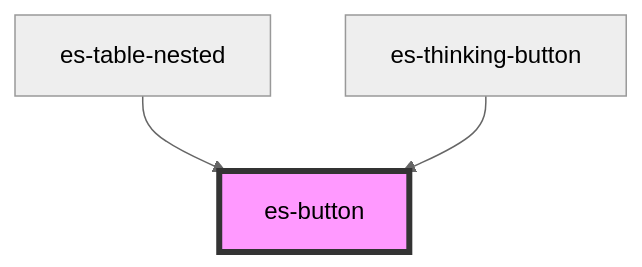
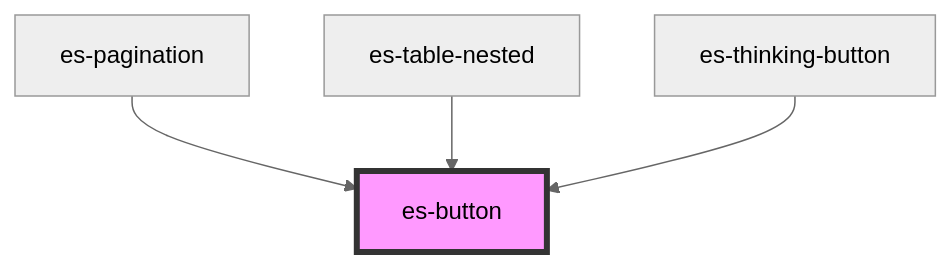
The diagram in packages/components/src/components/buttons/es-button/readme.md (EventStore/Design-System), drawn with Mermaid (neutral theme) before and after one commit. The commit also changed other lines of this file and 2 other files, not shown here.

````diff
--- a/packages/components/src/components/buttons/es-button/readme.md
+++ b/packages/components/src/components/buttons/es-button/readme.md
@@ -99,6 +100,7 @@
 ```mermaid
 graph TD;
+  es-pagination --> es-button
   es-table-nested --> es-button
   es-thinking-button --> es-button
   style es-button fill:#f9f,stroke:#333,stroke-width:4px
 ```
````
